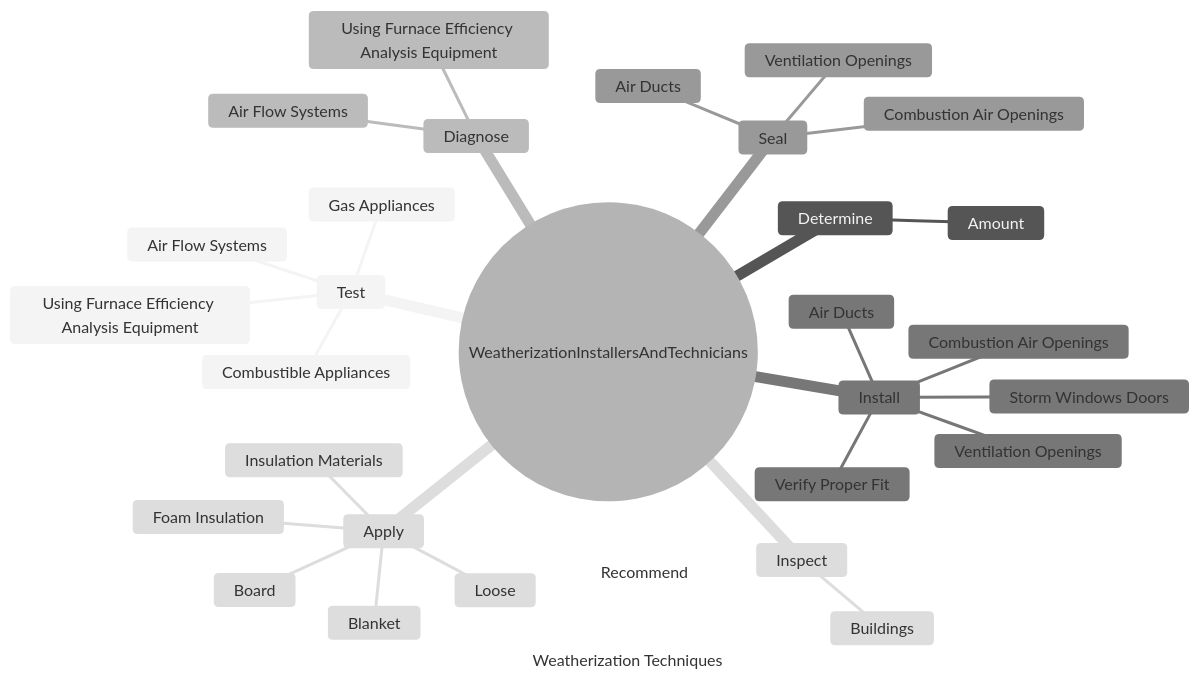
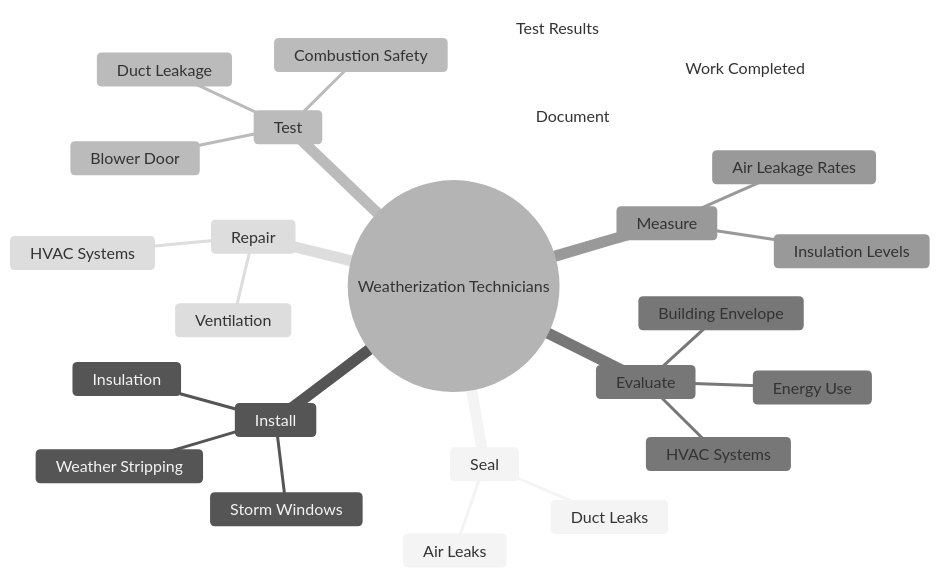
Before and after one commit to kziemski/business.org.ai: the second of 4 diagrams in occupations/Construction/WeatherizationInstallersAndTechnicians.mdx, drawn with Mermaid (neutral theme). The commit also changed other lines of this file and 938 other files, not shown here.

````diff
--- a/occupations/Construction/WeatherizationInstallersAndTechnicians.mdx
+++ b/occupations/Construction/WeatherizationInstallersAndTechnicians.mdx
@@ -38,34 +48,28 @@
 ```mermaid
 mindmap
-    root(("WeatherizationInstallersAndTechnicians"))
+    root(("Weatherization Technicians"))
+        Seal
+            Air Leaks
+            Duct Leaks
+        Install
+            Insulation
+            Weather Stripping
+            Storm Windows
         Test
-            Combustible Appliances
-            Gas Appliances
-            Air Flow Systems
-            Using Furnace Efficiency Analysis Equipment
-        Determine
-            Amount
-        Diagnose
-            Air Flow Systems
-            Using Furnace Efficiency Analysis Equipment
-        Install
-            Air Ducts
-            Combustion Air Openings
-            Ventilation Openings
-            Storm Windows Doors
-            Verify Proper Fit
-        Seal
-            Air Ducts
-            Combustion Air Openings
-            Ventilation Openings
-        Inspect
-            Buildings
-        Recommend
-            Weatherization Techniques
-        Apply
-            Insulation Materials
-            Loose
-            Blanket
-            Board
-            Foam Insulation
+            Blower Door
+            Duct Leakage
+            Combustion Safety
+        Evaluate
+            Building Envelope
+            HVAC Systems
+            Energy Use
+        Measure
+            Air Leakage Rates
+            Insulation Levels
+        Repair
+            HVAC Systems
+            Ventilation
+        Document
+            Work Completed
+            Test Results
 ```
````
